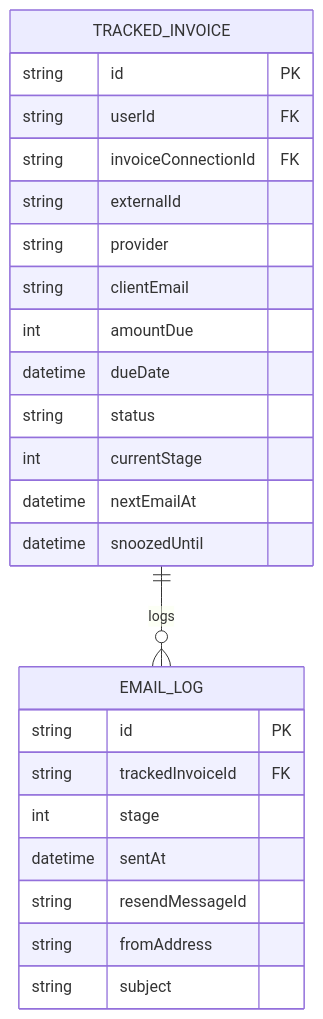
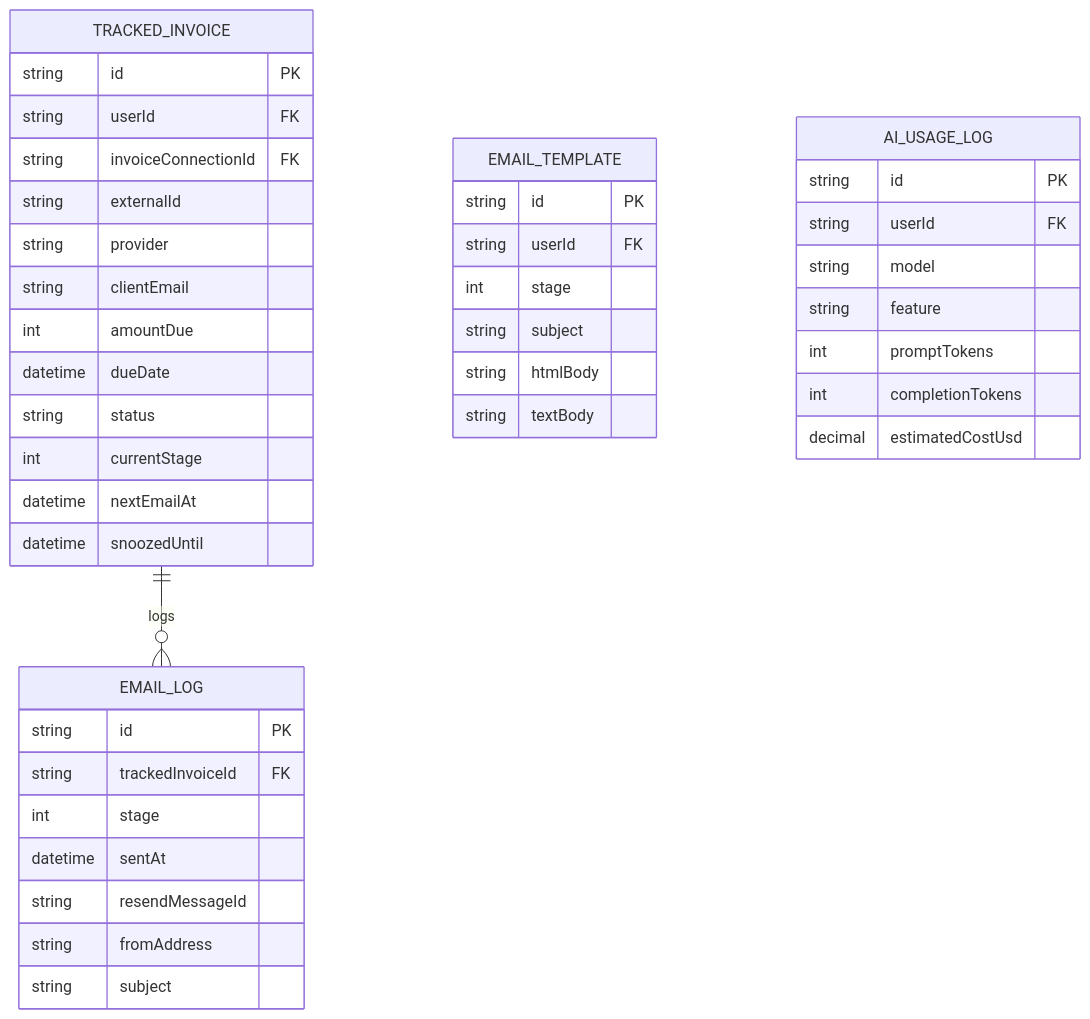
One commit to nick-syspac/paidsoon changed the second of 4 diagrams in docs/DDD.md. Above: the diagram before and after it, drawn with Mermaid. The commit also changed other lines of this file and 9 other files, not shown here.

````diff
--- a/docs/DDD.md
+++ b/docs/DDD.md
@@ -253,27 +263,44 @@
 ```mermaid
 erDiagram
     TRACKED_INVOICE ||--o{ EMAIL_LOG : logs
     TRACKED_INVOICE {
         string id PK
         string userId FK
         string invoiceConnectionId FK
         string externalId
         string provider
         string clientEmail
         int amountDue
         datetime dueDate
         string status
         int currentStage
         datetime nextEmailAt
         datetime snoozedUntil
     }
     EMAIL_LOG {
         string id PK
         string trackedInvoiceId FK
         int stage
         datetime sentAt
         string resendMessageId
         string fromAddress
         string subject
     }
+    EMAIL_TEMPLATE {
+        string id PK
+        string userId FK
+        int stage
+        string subject
+        string htmlBody
+        string textBody
+    }
+    AI_USAGE_LOG {
+        string id PK
+        string userId FK
+        string model
+        string feature
+        int promptTokens
+        int completionTokens
+        decimal estimatedCostUsd
+    }
 ```
````
